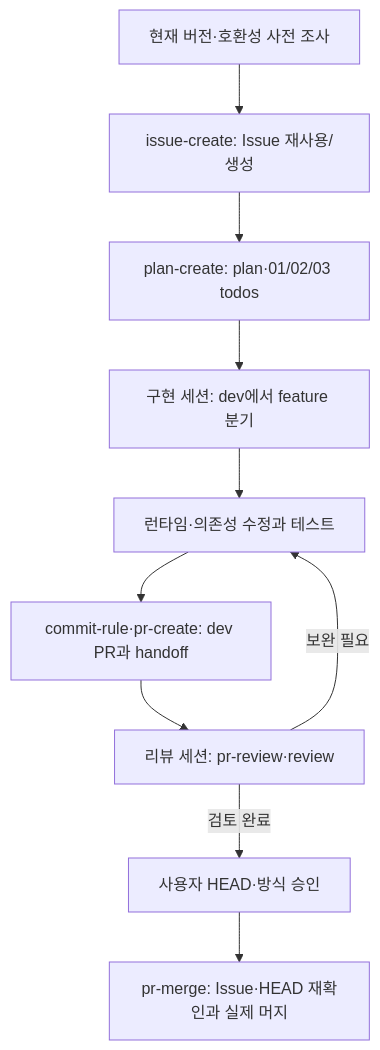
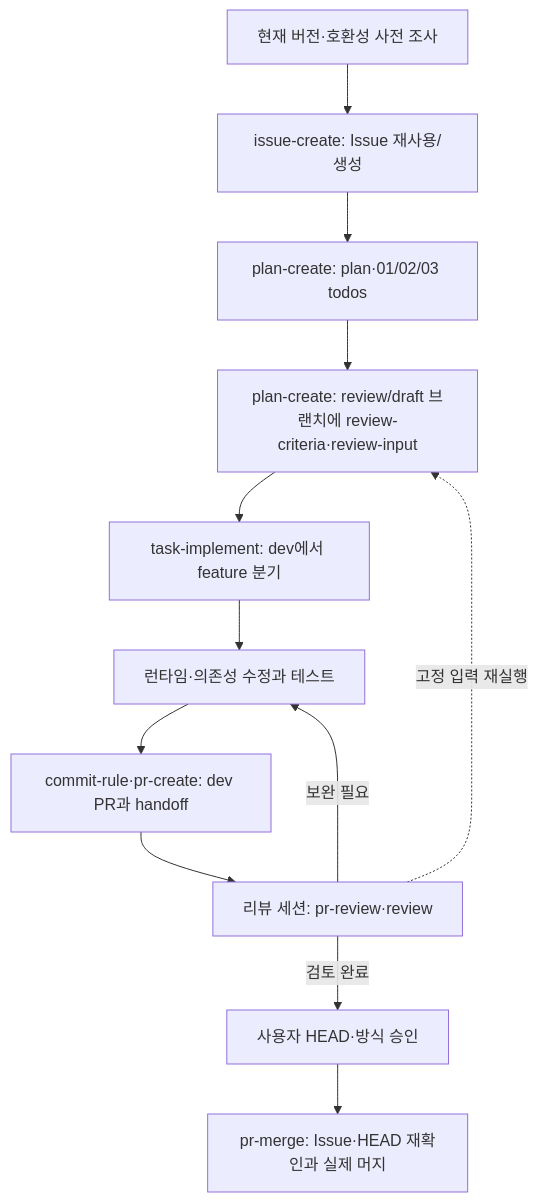
Before and after one commit to insung/git-workflow: the diagram in docs/examples/python-version-upgrade/README.md, drawn with Mermaid. The commit also changed other lines of this file and 6 other files, not shown here.

````diff
--- a/docs/examples/python-version-upgrade/README.md
+++ b/docs/examples/python-version-upgrade/README.md
@@ -7,12 +7,14 @@
 ```mermaid
 flowchart TD
     A[현재 버전·호환성 사전 조사] --> B[issue-create: Issue 재사용/생성]
     B --> C[plan-create: plan·01/02/03 todos]
-    C --> D[구현 세션: dev에서 feature 분기]
+    C --> C2[plan-create: review/draft 브랜치에 review-criteria·review-input]
+    C2 --> D[task-implement: dev에서 feature 분기]
     D --> E[런타임·의존성 수정과 테스트]
     E --> F[commit-rule·pr-create: dev PR과 handoff]
     F --> G[리뷰 세션: pr-review·review]
+    G -.->|고정 입력 재실행| C2
     G -->|보완 필요| E
     G -->|검토 완료| H[사용자 HEAD·방식 승인]
     H --> I[pr-merge: Issue·HEAD 재확인과 실제 머지]
 ```
````
